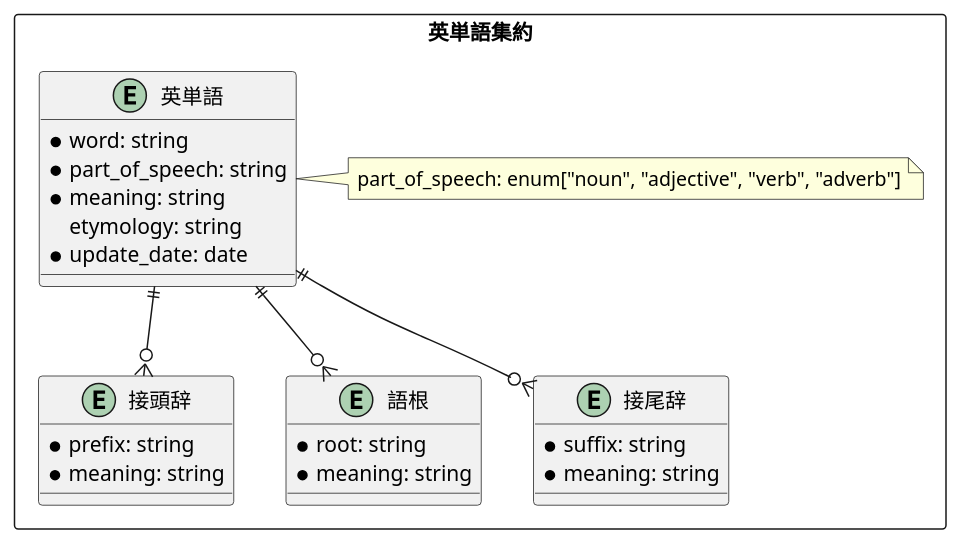
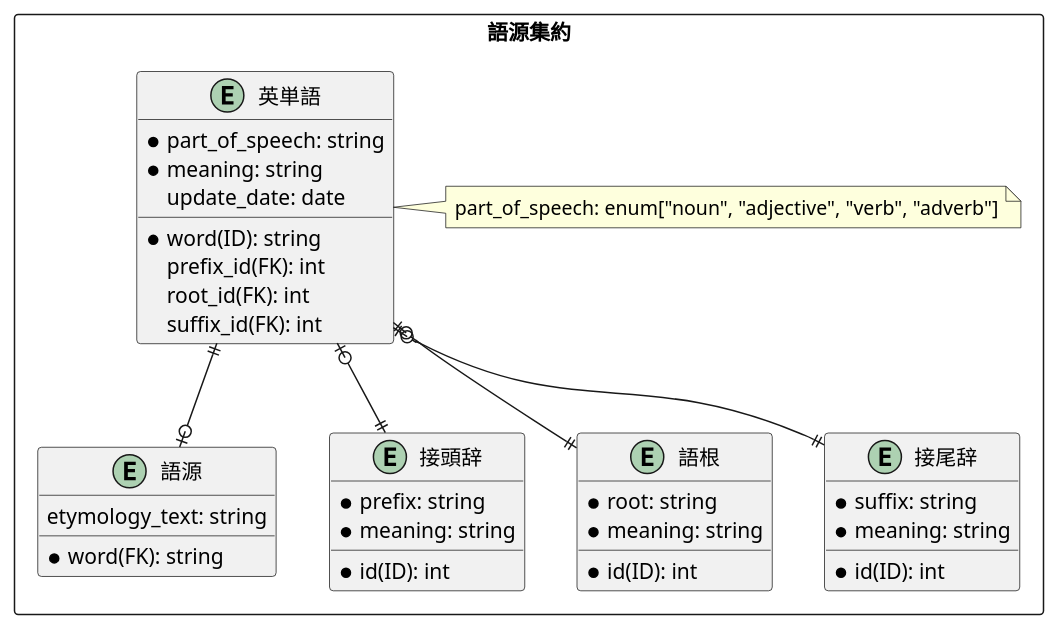
Before and after one commit to ichiroC15/etymology_search: the diagram in documents/DomainModel.md, drawn with PlantUML.

Commit message:
dev-1 update: DomainModel

```diff
--- a/documents/DomainModel.md
+++ b/documents/DomainModel.md
@@ -1,32 +1,43 @@
 @startuml
 
-rectangle "英単語集約" as EnglishWordAttribute {
+rectangle "語源集約" as EnglishWordAttribute {
     Entity "英単語" as EnglishWord {
-        * word: string
+        * word(ID): string
+        prefix_id(FK): int
+        root_id(FK): int
+        suffix_id(FK): int
         * part_of_speech: string
         * meaning: string
-        etymology: string
-        * update_date: date
+        update_date: date
     }
     note right of EnglishWord: part_of_speech: enum["noun", "adjective", "verb", "adverb"]
 
+    Entity "語源" as Etymology {
+        * word(FK): string
+        etymology_text: string
+    }
+
     Entity "接頭辞" as Prefix {
+        * id(ID): int
         * prefix: string
         * meaning: string
     }
 
     Entity "語根" as WordRoot {
+        * id(ID): int
         * root: string
         * meaning: string
     }
 
     Entity "接尾辞" as Suffix {
+        * id(ID): int
         * suffix: string
         * meaning: string
     }
 
-    EnglishWord ||--o{ Prefix
-    EnglishWord ||--o{ WordRoot
-    EnglishWord ||--o{ Suffix
+    EnglishWord ||--o| Etymology
+    EnglishWord |o--|| Prefix
+    EnglishWord |o--|| WordRoot
+    EnglishWord |o--|| Suffix
 }
 @enduml
```
